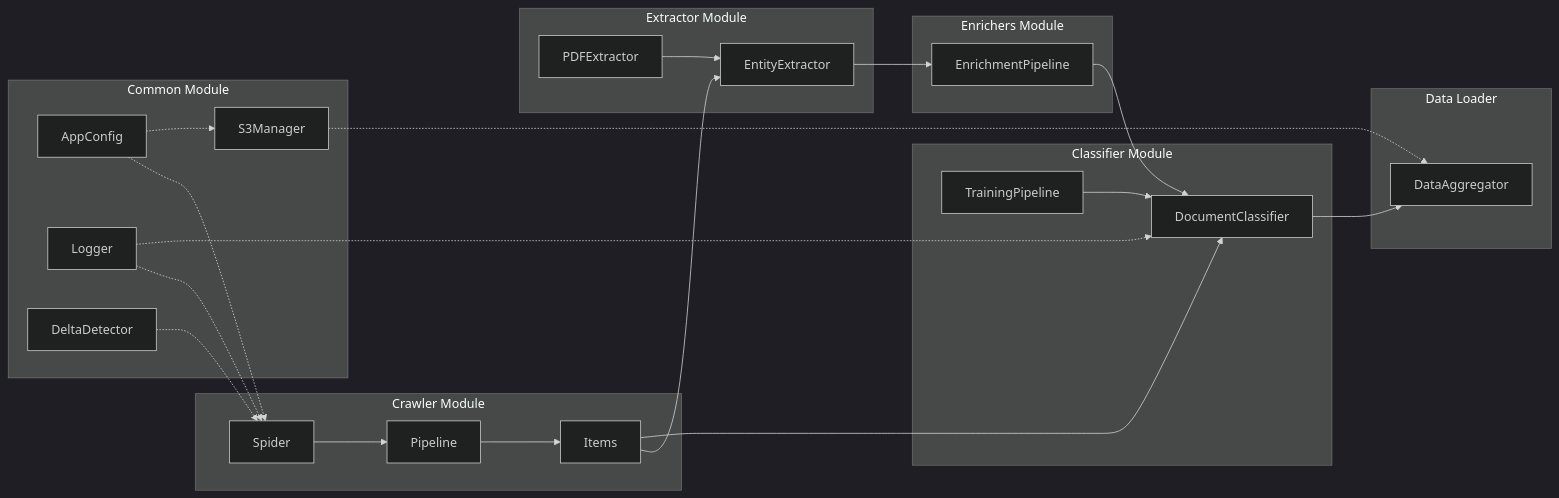
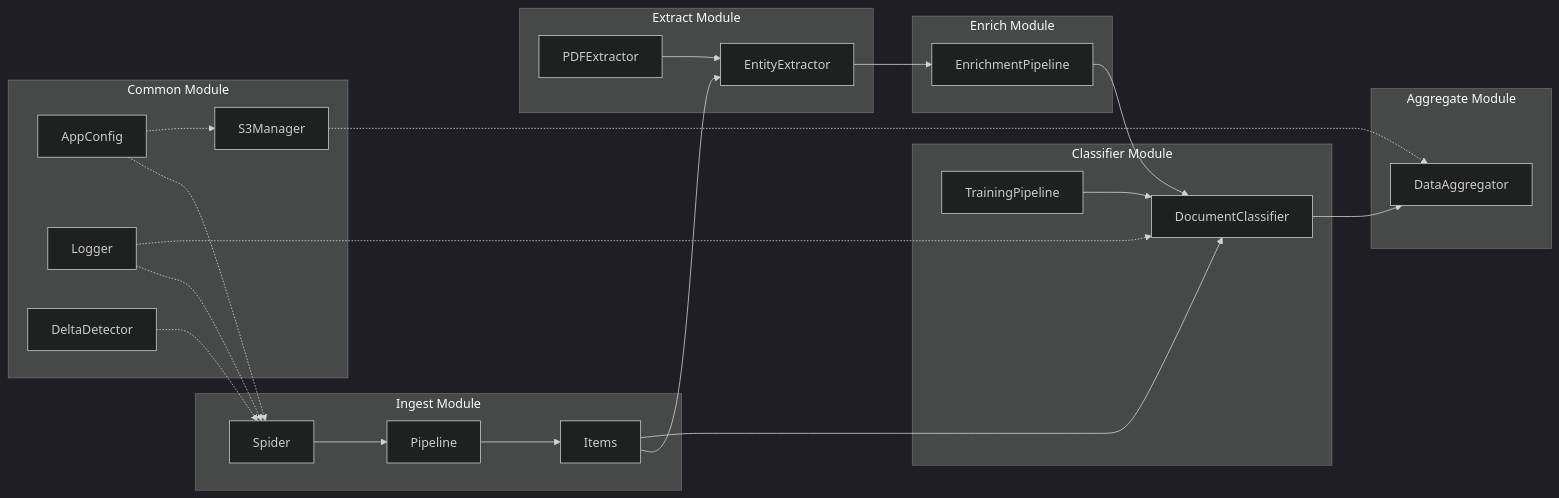
One commit to bsamud/data-harvester changed the third of 12 diagrams in docs/ARCHITECTURE.md. Above: the diagram before and after it, drawn with Mermaid (dark theme). The commit also changed other lines of this file and 1 other file, not shown here.

First line of the commit message:
updated docs for new module names. action verbs ftw

````diff
--- a/docs/ARCHITECTURE.md
+++ b/docs/ARCHITECTURE.md
@@ -146,52 +146,52 @@
 ```mermaid
 graph LR
-    subgraph crawler["Crawler Module"]
+    subgraph ingest["Ingest Module"]
         SPIDER[Spider]
         PIPELINE[Pipeline]
         ITEMS[Items]
     end
 
-    subgraph extractor["Extractor Module"]
+    subgraph extract["Extract Module"]
         ENT_EXT[EntityExtractor]
         PDF_EXT[PDFExtractor]
     end
 
-    subgraph classifier["Classifier Module"]
+    subgraph classify["Classifier Module"]
         DOC_CLASS[DocumentClassifier]
         TRAIN_PIPE[TrainingPipeline]
     end
 
     subgraph common["Common Module"]
         APP_CFG[AppConfig]
         S3_MGR[S3Manager]
         LOGGER[Logger]
         DELTA[DeltaDetector]
     end
 
-    subgraph enrichers["Enrichers Module"]
+    subgraph enrich["Enrich Module"]
         ENRICH_PIPE[EnrichmentPipeline]
     end
 
-    subgraph data_loader["Data Loader"]
+    subgraph aggregate["Aggregate Module"]
         AGGREGATOR[DataAggregator]
     end
 
     SPIDER --> PIPELINE
     PIPELINE --> ITEMS
     ITEMS --> ENT_EXT
     ITEMS --> DOC_CLASS
 
     PDF_EXT --> ENT_EXT
     ENT_EXT --> ENRICH_PIPE
     ENRICH_PIPE --> DOC_CLASS
 
     DOC_CLASS --> AGGREGATOR
     TRAIN_PIPE --> DOC_CLASS
 
     APP_CFG -.-> SPIDER
     APP_CFG -.-> S3_MGR
     S3_MGR -.-> AGGREGATOR
     LOGGER -.-> SPIDER
     LOGGER -.-> DOC_CLASS
     DELTA -.-> SPIDER
 ```
````
